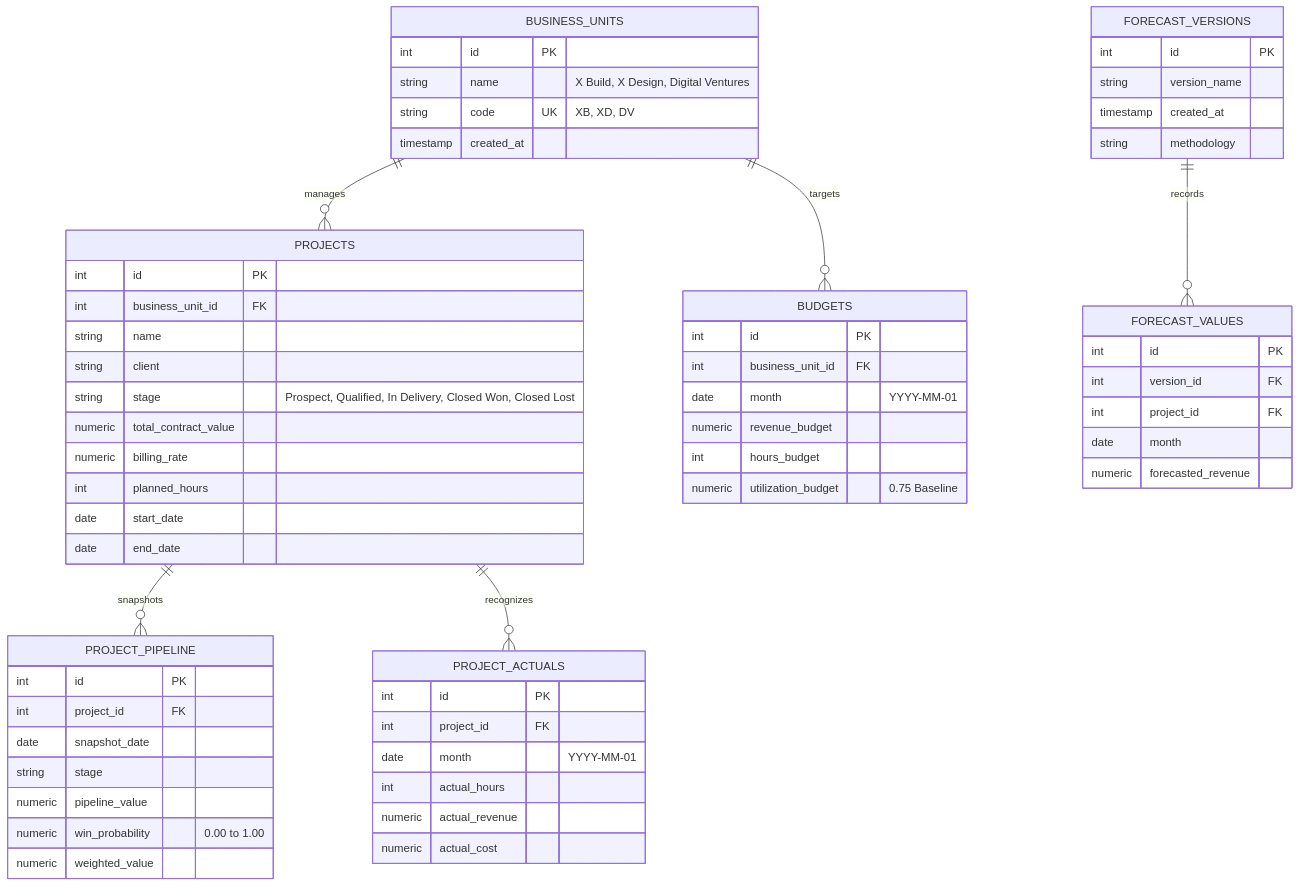
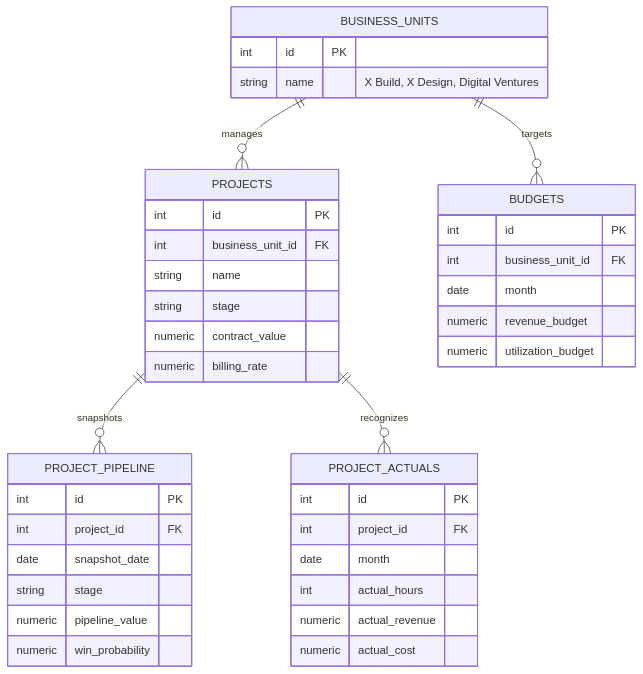
One commit to VED-VIVEK-TALMALEY/x-fin changed the seventh of 8 diagrams in README.md. Above: the diagram before and after it, drawn with Mermaid. The commit also changed other lines of this file and 6 other files, not shown here.

````diff
--- a/README.md
+++ b/README.md
@@ -495,71 +319,47 @@
 ```mermaid
 erDiagram
     BUSINESS_UNITS ||--o{ PROJECTS : manages
     BUSINESS_UNITS ||--o{ BUDGETS : targets
     PROJECTS ||--o{ PROJECT_PIPELINE : snapshots
     PROJECTS ||--o{ PROJECT_ACTUALS : recognizes
-    FORECAST_VERSIONS ||--o{ FORECAST_VALUES : records
 
     BUSINESS_UNITS {
         int id PK
         string name "X Build, X Design, Digital Ventures"
-        string code UK "XB, XD, DV"
-        timestamp created_at
     }
 
     PROJECTS {
         int id PK
         int business_unit_id FK
         string name
-        string client
-        string stage "Prospect, Qualified, In Delivery, Closed Won, Closed Lost"
-        numeric total_contract_value
+        string stage
+        numeric contract_value
         numeric billing_rate
-        int planned_hours
-        date start_date
-        date end_date
     }
 
     PROJECT_PIPELINE {
         int id PK
         int project_id FK
         date snapshot_date
         string stage
         numeric pipeline_value
-        numeric win_probability "0.00 to 1.00"
-        numeric weighted_value
+        numeric win_probability
     }
 
     PROJECT_ACTUALS {
         int id PK
         int project_id FK
-        date month "YYYY-MM-01"
+        date month
         int actual_hours
         numeric actual_revenue
         numeric actual_cost
     }
 
     BUDGETS {
         int id PK
         int business_unit_id FK
-        date month "YYYY-MM-01"
+        date month
         numeric revenue_budget
-        int hours_budget
-        numeric utilization_budget "0.75 Baseline"
-    }
-
-    FORECAST_VERSIONS {
-        int id PK
-        string version_name
-        timestamp created_at
-        string methodology
-    }
-
-    FORECAST_VALUES {
-        int id PK
-        int version_id FK
-        int project_id FK
-        date month
-        numeric forecasted_revenue
+        numeric utilization_budget
     }
 ```
````
